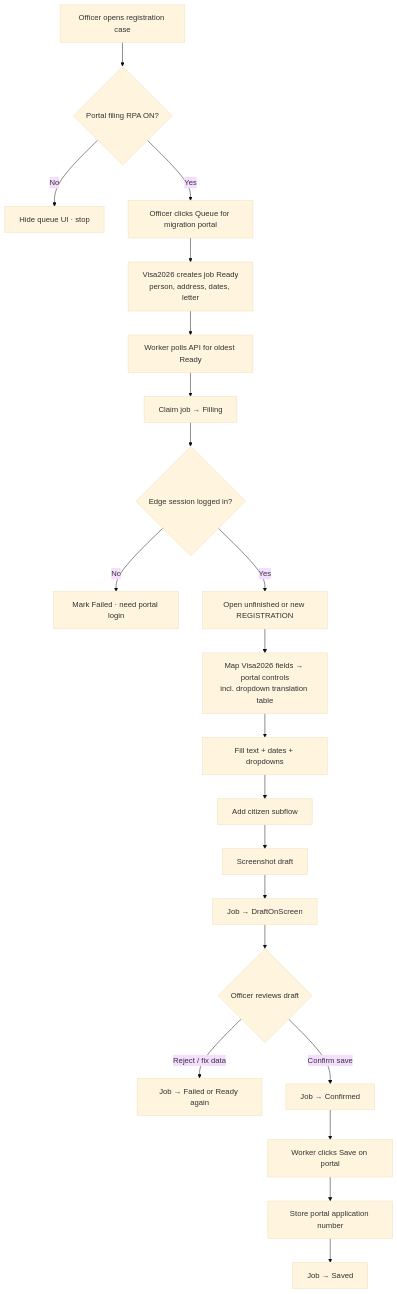
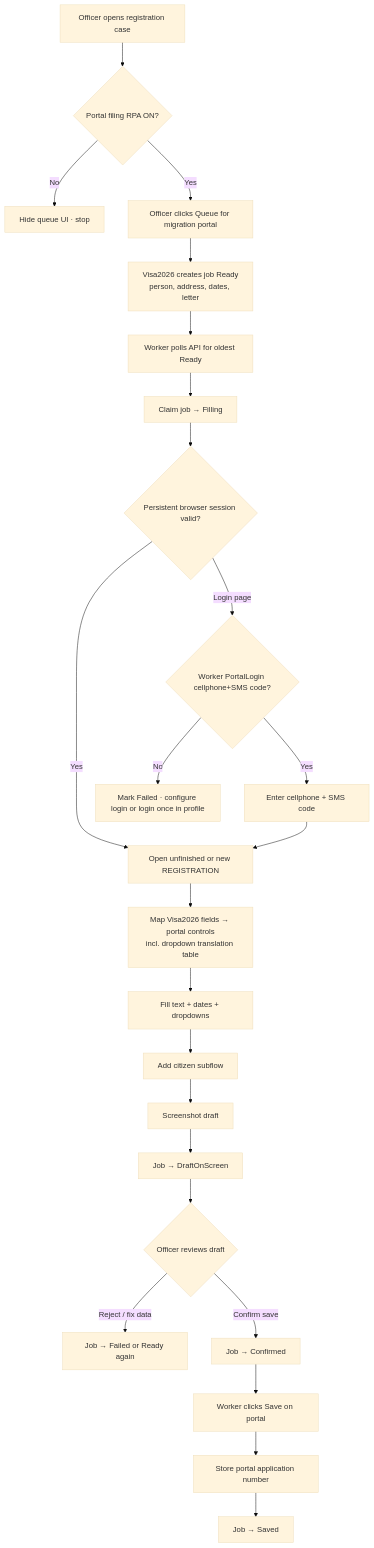
One commit to webapis/Visa2026 changed the diagram in docs/prototypes/playwright-rpa-visa2026-integration-README.md. Above: the diagram before and after it, drawn with Mermaid (base theme). The commit also changed other lines of this file and 43 other files, not shown here.

````diff
--- a/docs/prototypes/playwright-rpa-visa2026-integration-README.md
+++ b/docs/prototypes/playwright-rpa-visa2026-integration-README.md
@@ -31,23 +31,26 @@
 ```mermaid
 flowchart TD
   A[Officer opens registration case] --> B{Portal filing RPA ON?}
   B -->|No| Z[Hide queue UI · stop]
   B -->|Yes| C[Officer clicks Queue for migration portal]
   C --> D[Visa2026 creates job Ready<br/>person, address, dates, letter]
   D --> E[Worker polls API for oldest Ready]
   E --> F[Claim job → Filling]
-  F --> G{Edge session logged in?}
-  G -->|No| H[Mark Failed · need portal login]
+  F --> G{Persistent browser session valid?}
   G -->|Yes| I[Open unfinished or new REGISTRATION]
+  G -->|Login page| G1{Worker PortalLogin cellphone+SMS code?}
+  G1 -->|No| H[Mark Failed · configure login or login once in profile]
+  G1 -->|Yes| G2[Enter cellphone + SMS code]
+  G2 --> I
   I --> J[Map Visa2026 fields → portal controls<br/>incl. dropdown translation table]
   J --> K[Fill text + dates + dropdowns]
   K --> L[Add citizen subflow]
   L --> M[Screenshot draft]
   M --> N[Job → DraftOnScreen]
   N --> O{Officer reviews draft}
   O -->|Reject / fix data| P[Job → Failed or Ready again]
   O -->|Confirm save| Q[Job → Confirmed]
   Q --> R[Worker clicks Save on portal]
   R --> S[Store portal application number]
   S --> T[Job → Saved]
 ```
````
